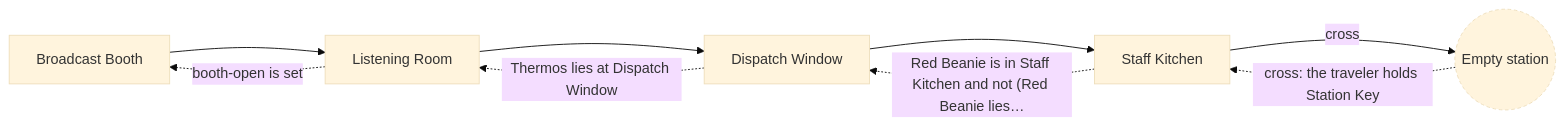
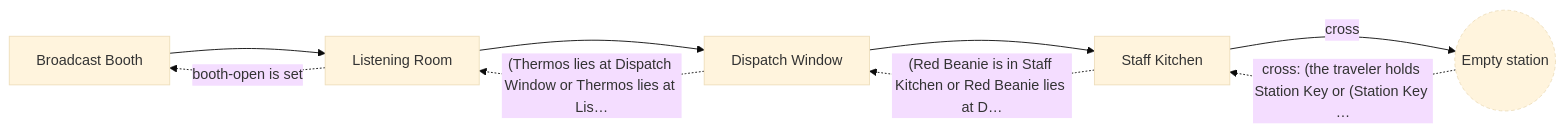
The first of 2 diagrams in docs/maps/ratiradio.md (cenetex/cosyworld), drawn with Mermaid (base theme) before and after one commit. The commit also changed other lines of this file and 11 other files, not shown here.

````diff
--- a/docs/maps/ratiradio.md
+++ b/docs/maps/ratiradio.md
@@ -12,19 +12,19 @@
 ```mermaid
 flowchart LR
   %% Night Shift at RatiRadio
   n_ratiradio_broadcast_booth["Broadcast Booth"]
   n_ratiradio_dispatch_window["Dispatch Window"]
   n_ratiradio_listening_room["Listening Room"]
   n_ratiradio_staff_kitchen["Staff Kitchen"]
   n_station(("Empty station"))
   n_ratiradio_broadcast_booth --> n_ratiradio_listening_room
-  n_ratiradio_dispatch_window -. "Thermos lies at Dispatch Window" .-> n_ratiradio_listening_room
+  n_ratiradio_dispatch_window -. "(Thermos lies at Dispatch Window or Thermos lies at Lis…" .-> n_ratiradio_listening_room
   n_ratiradio_dispatch_window --> n_ratiradio_staff_kitchen
   n_ratiradio_listening_room -. "booth-open is set" .-> n_ratiradio_broadcast_booth
   n_ratiradio_listening_room --> n_ratiradio_dispatch_window
-  n_ratiradio_staff_kitchen -. "Red Beanie is in Staff Kitchen and not (Red Beanie lies…" .-> n_ratiradio_dispatch_window
+  n_ratiradio_staff_kitchen -. "(Red Beanie is in Staff Kitchen or Red Beanie lies at D…" .-> n_ratiradio_dispatch_window
   n_ratiradio_staff_kitchen -- "cross" --> n_station
-  n_station -. "cross: the traveler holds Station Key" .-> n_ratiradio_staff_kitchen
+  n_station -. "cross: (the traveler holds Station Key or (Station Key …" .-> n_ratiradio_staff_kitchen
   classDef stub stroke-dasharray: 4 3
   class n_station stub
 ```
````
